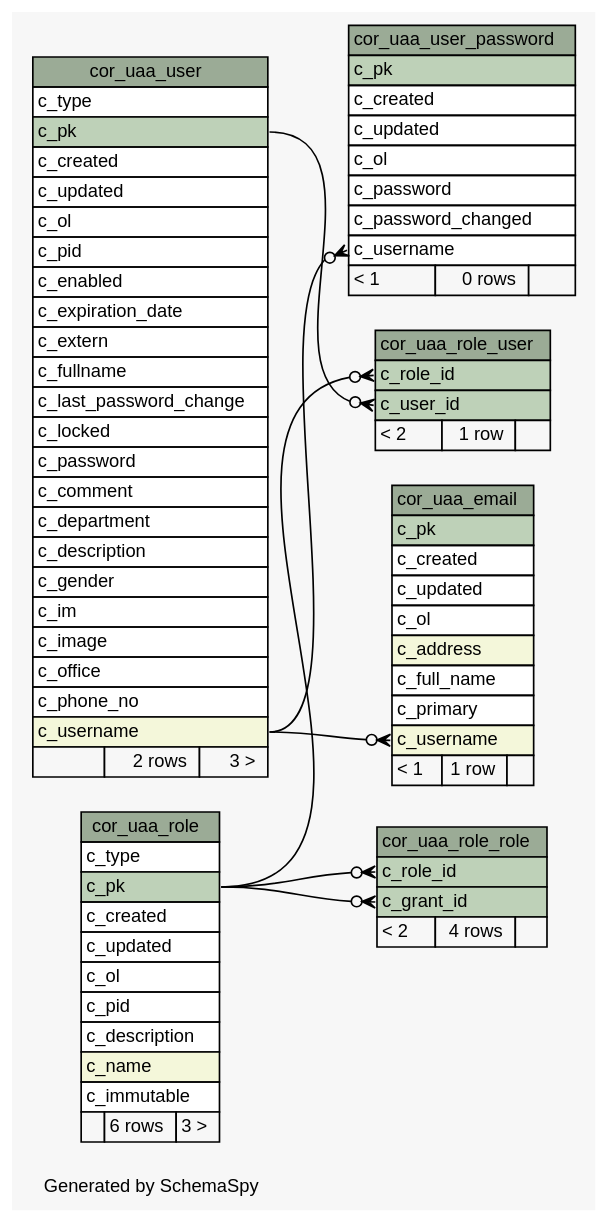
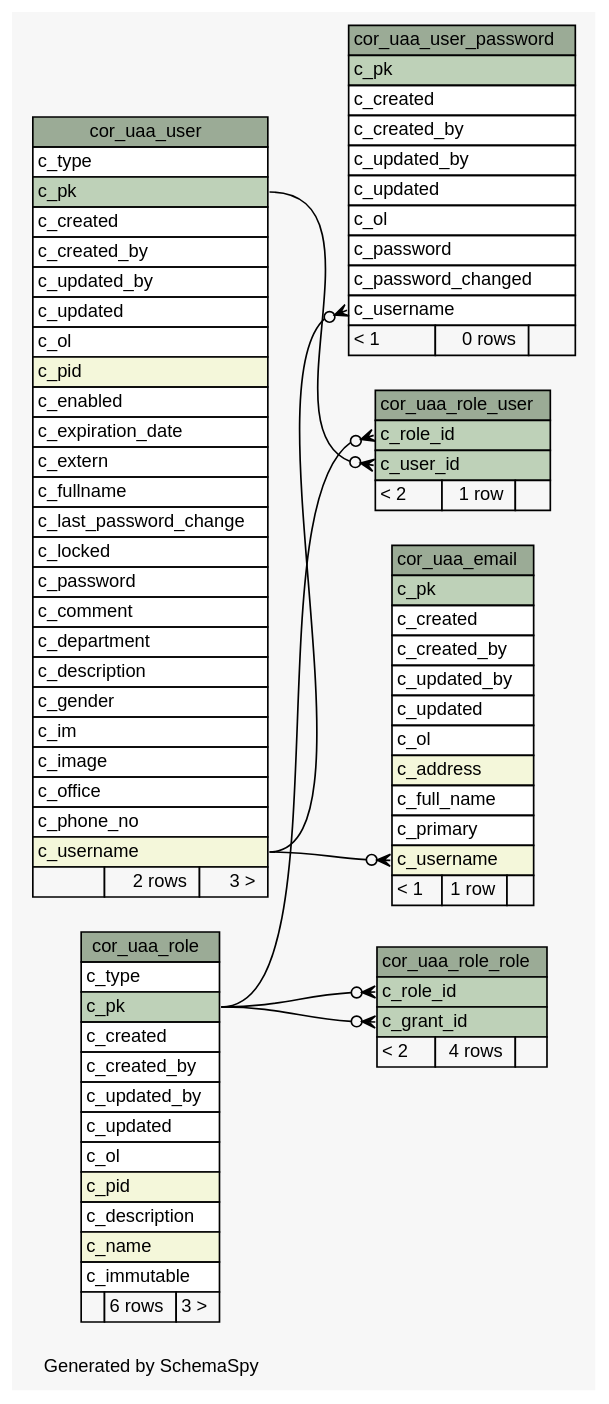
Before and after one commit to openwms/org.openwms.core.uaa: the diagram in 1.1.0-SNAPSHOT/schemaspy/diagrams/summary/relationships.real.large.dot, drawn with Graphviz. The commit also changed 268 other files, not shown here.

```diff
--- a/1.1.0-SNAPSHOT/schemaspy/diagrams/summary/relationships.real.large.dot
+++ b/1.1.0-SNAPSHOT/schemaspy/diagrams/summary/relationships.real.large.dot
@@ -1,132 +1,140 @@
-// dot 2.43.0 on Linux 5.11.0-1021-azure
+// dot 2.43.0 on Linux 5.13.0-1029-azure
 // SchemaSpy rev Unknown
 digraph "largeRelationshipsDiagram" {
   graph [
     rankdir="RL"
     bgcolor="#f7f7f7"
     label="\nGenerated by SchemaSpy"
     labeljust="l"
     nodesep="0.18"
     ranksep="0.46"
     fontname="Helvetica"
     fontsize="11"
   ];
   node [
     fontname="Helvetica"
     fontsize="11"
     shape="plaintext"
   ];
   edge [
     arrowsize="0.8"
   ];
   "cor_uaa_email" [
     label=<
     <TABLE BORDER="0" CELLBORDER="1" CELLSPACING="0" BGCOLOR="#ffffff">
       <TR><TD COLSPAN="3" BGCOLOR="#9bab96" ALIGN="CENTER">cor_uaa_email</TD></TR>
       <TR><TD PORT="c_pk" COLSPAN="3" BGCOLOR="#bed1b8" ALIGN="LEFT">c_pk</TD></TR>
       <TR><TD PORT="c_created" COLSPAN="3" ALIGN="LEFT">c_created</TD></TR>
+      <TR><TD PORT="c_created_by" COLSPAN="3" ALIGN="LEFT">c_created_by</TD></TR>
+      <TR><TD PORT="c_updated_by" COLSPAN="3" ALIGN="LEFT">c_updated_by</TD></TR>
       <TR><TD PORT="c_updated" COLSPAN="3" ALIGN="LEFT">c_updated</TD></TR>
       <TR><TD PORT="c_ol" COLSPAN="3" ALIGN="LEFT">c_ol</TD></TR>
       <TR><TD PORT="c_address" COLSPAN="3" BGCOLOR="#f4f7da" ALIGN="LEFT">c_address</TD></TR>
       <TR><TD PORT="c_full_name" COLSPAN="3" ALIGN="LEFT">c_full_name</TD></TR>
       <TR><TD PORT="c_primary" COLSPAN="3" ALIGN="LEFT">c_primary</TD></TR>
       <TR><TD PORT="c_username" COLSPAN="3" BGCOLOR="#f4f7da" ALIGN="LEFT">c_username</TD></TR>
       <TR><TD ALIGN="LEFT" BGCOLOR="#f7f7f7">&lt; 1</TD><TD ALIGN="RIGHT" BGCOLOR="#f7f7f7">1 row</TD><TD ALIGN="RIGHT" BGCOLOR="#f7f7f7">  </TD></TR>
     </TABLE>>
     URL="tables/cor_uaa_email.html"
     tooltip="cor_uaa_email"
   ];
   "cor_uaa_role" [
     label=<
     <TABLE BORDER="0" CELLBORDER="1" CELLSPACING="0" BGCOLOR="#ffffff">
       <TR><TD COLSPAN="3" BGCOLOR="#9bab96" ALIGN="CENTER">cor_uaa_role</TD></TR>
       <TR><TD PORT="c_type" COLSPAN="3" ALIGN="LEFT">c_type</TD></TR>
       <TR><TD PORT="c_pk" COLSPAN="3" BGCOLOR="#bed1b8" ALIGN="LEFT">c_pk</TD></TR>
       <TR><TD PORT="c_created" COLSPAN="3" ALIGN="LEFT">c_created</TD></TR>
+      <TR><TD PORT="c_created_by" COLSPAN="3" ALIGN="LEFT">c_created_by</TD></TR>
+      <TR><TD PORT="c_updated_by" COLSPAN="3" ALIGN="LEFT">c_updated_by</TD></TR>
       <TR><TD PORT="c_updated" COLSPAN="3" ALIGN="LEFT">c_updated</TD></TR>
       <TR><TD PORT="c_ol" COLSPAN="3" ALIGN="LEFT">c_ol</TD></TR>
-      <TR><TD PORT="c_pid" COLSPAN="3" ALIGN="LEFT">c_pid</TD></TR>
+      <TR><TD PORT="c_pid" COLSPAN="3" BGCOLOR="#f4f7da" ALIGN="LEFT">c_pid</TD></TR>
       <TR><TD PORT="c_description" COLSPAN="3" ALIGN="LEFT">c_description</TD></TR>
       <TR><TD PORT="c_name" COLSPAN="3" BGCOLOR="#f4f7da" ALIGN="LEFT">c_name</TD></TR>
       <TR><TD PORT="c_immutable" COLSPAN="3" ALIGN="LEFT">c_immutable</TD></TR>
       <TR><TD ALIGN="LEFT" BGCOLOR="#f7f7f7">  </TD><TD ALIGN="RIGHT" BGCOLOR="#f7f7f7">6 rows</TD><TD ALIGN="RIGHT" BGCOLOR="#f7f7f7">3 &gt;</TD></TR>
     </TABLE>>
     URL="tables/cor_uaa_role.html"
     tooltip="cor_uaa_role"
   ];
   "cor_uaa_role_role" [
     label=<
     <TABLE BORDER="0" CELLBORDER="1" CELLSPACING="0" BGCOLOR="#ffffff">
       <TR><TD COLSPAN="3" BGCOLOR="#9bab96" ALIGN="CENTER">cor_uaa_role_role</TD></TR>
       <TR><TD PORT="c_role_id" COLSPAN="3" BGCOLOR="#bed1b8" ALIGN="LEFT">c_role_id</TD></TR>
       <TR><TD PORT="c_grant_id" COLSPAN="3" BGCOLOR="#bed1b8" ALIGN="LEFT">c_grant_id</TD></TR>
       <TR><TD ALIGN="LEFT" BGCOLOR="#f7f7f7">&lt; 2</TD><TD ALIGN="RIGHT" BGCOLOR="#f7f7f7">4 rows</TD><TD ALIGN="RIGHT" BGCOLOR="#f7f7f7">  </TD></TR>
     </TABLE>>
     URL="tables/cor_uaa_role_role.html"
     tooltip="cor_uaa_role_role"
   ];
   "cor_uaa_role_user" [
     label=<
     <TABLE BORDER="0" CELLBORDER="1" CELLSPACING="0" BGCOLOR="#ffffff">
       <TR><TD COLSPAN="3" BGCOLOR="#9bab96" ALIGN="CENTER">cor_uaa_role_user</TD></TR>
       <TR><TD PORT="c_role_id" COLSPAN="3" BGCOLOR="#bed1b8" ALIGN="LEFT">c_role_id</TD></TR>
       <TR><TD PORT="c_user_id" COLSPAN="3" BGCOLOR="#bed1b8" ALIGN="LEFT">c_user_id</TD></TR>
       <TR><TD ALIGN="LEFT" BGCOLOR="#f7f7f7">&lt; 2</TD><TD ALIGN="RIGHT" BGCOLOR="#f7f7f7">1 row</TD><TD ALIGN="RIGHT" BGCOLOR="#f7f7f7">  </TD></TR>
     </TABLE>>
     URL="tables/cor_uaa_role_user.html"
     tooltip="cor_uaa_role_user"
   ];
   "cor_uaa_user" [
     label=<
     <TABLE BORDER="0" CELLBORDER="1" CELLSPACING="0" BGCOLOR="#ffffff">
       <TR><TD COLSPAN="3" BGCOLOR="#9bab96" ALIGN="CENTER">cor_uaa_user</TD></TR>
       <TR><TD PORT="c_type" COLSPAN="3" ALIGN="LEFT">c_type</TD></TR>
       <TR><TD PORT="c_pk" COLSPAN="3" BGCOLOR="#bed1b8" ALIGN="LEFT">c_pk</TD></TR>
       <TR><TD PORT="c_created" COLSPAN="3" ALIGN="LEFT">c_created</TD></TR>
+      <TR><TD PORT="c_created_by" COLSPAN="3" ALIGN="LEFT">c_created_by</TD></TR>
+      <TR><TD PORT="c_updated_by" COLSPAN="3" ALIGN="LEFT">c_updated_by</TD></TR>
       <TR><TD PORT="c_updated" COLSPAN="3" ALIGN="LEFT">c_updated</TD></TR>
       <TR><TD PORT="c_ol" COLSPAN="3" ALIGN="LEFT">c_ol</TD></TR>
-      <TR><TD PORT="c_pid" COLSPAN="3" ALIGN="LEFT">c_pid</TD></TR>
+      <TR><TD PORT="c_pid" COLSPAN="3" BGCOLOR="#f4f7da" ALIGN="LEFT">c_pid</TD></TR>
       <TR><TD PORT="c_enabled" COLSPAN="3" ALIGN="LEFT">c_enabled</TD></TR>
       <TR><TD PORT="c_expiration_date" COLSPAN="3" ALIGN="LEFT">c_expiration_date</TD></TR>
       <TR><TD PORT="c_extern" COLSPAN="3" ALIGN="LEFT">c_extern</TD></TR>
       <TR><TD PORT="c_fullname" COLSPAN="3" ALIGN="LEFT">c_fullname</TD></TR>
       <TR><TD PORT="c_last_password_change" COLSPAN="3" ALIGN="LEFT">c_last_password_change</TD></TR>
       <TR><TD PORT="c_locked" COLSPAN="3" ALIGN="LEFT">c_locked</TD></TR>
       <TR><TD PORT="c_password" COLSPAN="3" ALIGN="LEFT">c_password</TD></TR>
       <TR><TD PORT="c_comment" COLSPAN="3" ALIGN="LEFT">c_comment</TD></TR>
       <TR><TD PORT="c_department" COLSPAN="3" ALIGN="LEFT">c_department</TD></TR>
       <TR><TD PORT="c_description" COLSPAN="3" ALIGN="LEFT">c_description</TD></TR>
       <TR><TD PORT="c_gender" COLSPAN="3" ALIGN="LEFT">c_gender</TD></TR>
       <TR><TD PORT="c_im" COLSPAN="3" ALIGN="LEFT">c_im</TD></TR>
       <TR><TD PORT="c_image" COLSPAN="3" ALIGN="LEFT">c_image</TD></TR>
       <TR><TD PORT="c_office" COLSPAN="3" ALIGN="LEFT">c_office</TD></TR>
       <TR><TD PORT="c_phone_no" COLSPAN="3" ALIGN="LEFT">c_phone_no</TD></TR>
       <TR><TD PORT="c_username" COLSPAN="3" BGCOLOR="#f4f7da" ALIGN="LEFT">c_username</TD></TR>
       <TR><TD ALIGN="LEFT" BGCOLOR="#f7f7f7">  </TD><TD ALIGN="RIGHT" BGCOLOR="#f7f7f7">2 rows</TD><TD ALIGN="RIGHT" BGCOLOR="#f7f7f7">3 &gt;</TD></TR>
     </TABLE>>
     URL="tables/cor_uaa_user.html"
     tooltip="cor_uaa_user"
   ];
   "cor_uaa_user_password" [
     label=<
     <TABLE BORDER="0" CELLBORDER="1" CELLSPACING="0" BGCOLOR="#ffffff">
       <TR><TD COLSPAN="3" BGCOLOR="#9bab96" ALIGN="CENTER">cor_uaa_user_password</TD></TR>
       <TR><TD PORT="c_pk" COLSPAN="3" BGCOLOR="#bed1b8" ALIGN="LEFT">c_pk</TD></TR>
       <TR><TD PORT="c_created" COLSPAN="3" ALIGN="LEFT">c_created</TD></TR>
+      <TR><TD PORT="c_created_by" COLSPAN="3" ALIGN="LEFT">c_created_by</TD></TR>
+      <TR><TD PORT="c_updated_by" COLSPAN="3" ALIGN="LEFT">c_updated_by</TD></TR>
       <TR><TD PORT="c_updated" COLSPAN="3" ALIGN="LEFT">c_updated</TD></TR>
       <TR><TD PORT="c_ol" COLSPAN="3" ALIGN="LEFT">c_ol</TD></TR>
       <TR><TD PORT="c_password" COLSPAN="3" ALIGN="LEFT">c_password</TD></TR>
       <TR><TD PORT="c_password_changed" COLSPAN="3" ALIGN="LEFT">c_password_changed</TD></TR>
       <TR><TD PORT="c_username" COLSPAN="3" ALIGN="LEFT">c_username</TD></TR>
       <TR><TD ALIGN="LEFT" BGCOLOR="#f7f7f7">&lt; 1</TD><TD ALIGN="RIGHT" BGCOLOR="#f7f7f7">0 rows</TD><TD ALIGN="RIGHT" BGCOLOR="#f7f7f7">  </TD></TR>
     </TABLE>>
     URL="tables/cor_uaa_user_password.html"
     tooltip="cor_uaa_user_password"
   ];
   "cor_uaa_email":"c_username":w -> "cor_uaa_user":"c_username":e [arrowhead=none dir=back arrowtail=crowodot];
   "cor_uaa_role_role":"c_grant_id":w -> "cor_uaa_role":"c_pk":e [arrowhead=none dir=back arrowtail=crowodot];
   "cor_uaa_role_role":"c_role_id":w -> "cor_uaa_role":"c_pk":e [arrowhead=none dir=back arrowtail=crowodot];
   "cor_uaa_role_user":"c_role_id":w -> "cor_uaa_role":"c_pk":e [arrowhead=none dir=back arrowtail=crowodot];
   "cor_uaa_role_user":"c_user_id":w -> "cor_uaa_user":"c_pk":e [arrowhead=none dir=back arrowtail=crowodot];
   "cor_uaa_user_password":"c_username":w -> "cor_uaa_user":"c_username":e [arrowhead=none dir=back arrowtail=crowodot];
 }
```
